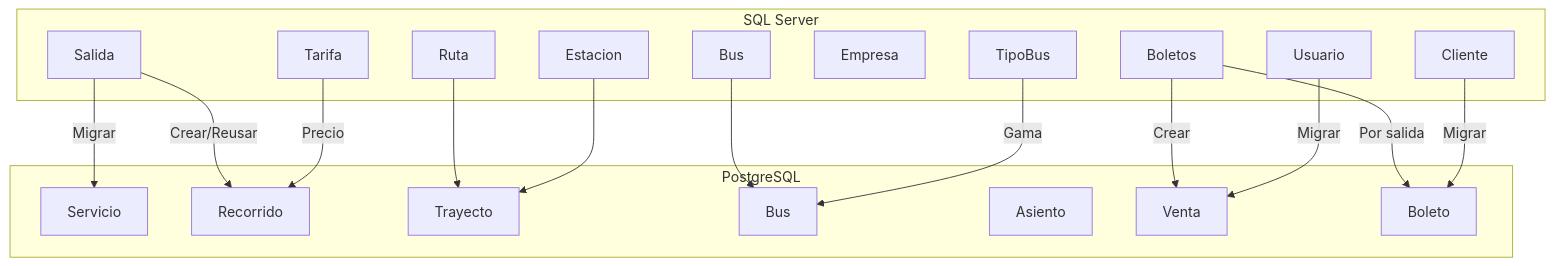
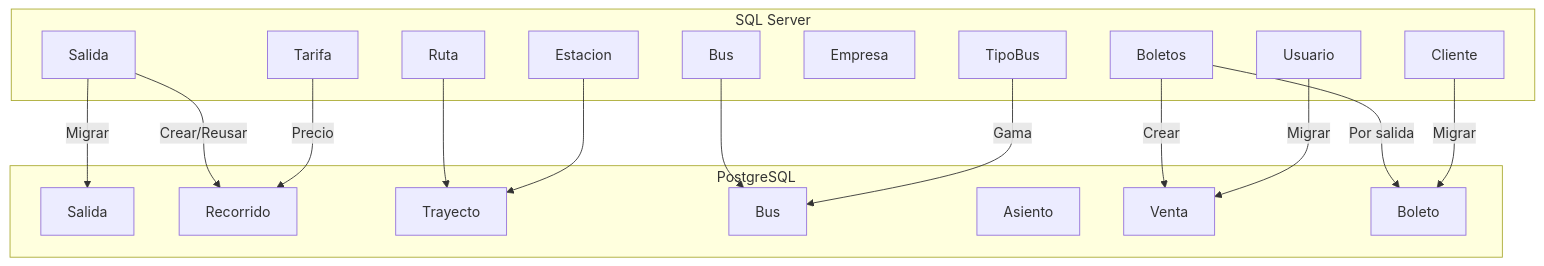
The diagram in docs/backend/migration/tickets.md (alcidesrh/f_d_n), drawn with Mermaid before and after one commit. The commit also changed other lines of this file and 112 other files, not shown here.

````diff
--- a/docs/backend/migration/tickets.md
+++ b/docs/backend/migration/tickets.md
@@ -9,37 +9,37 @@
 ```mermaid
 flowchart TD
     subgraph Legacy[SQL Server]
         S[Salida]
         B[Boletos]
         R[Ruta]
         BS[Bus]
         T[TipoBus]
         E[Empresa]
         ES[Estacion]
         C[Cliente]
         U[Usuario]
         TF[Tarifa]
     end
 
     subgraph New[PostgreSQL]
-        SE[Servicio]
+        SE[Salida]
         RE[Recorrido]
         TR[Trayecto]
         BU[Bus]
         AS[Asiento]
         V[Venta]
         BO[Boleto]
     end
 
     S -->|Migrar| SE
     S -->|Crear/Reusar| RE
     R --> TR
     BS --> BU
     T -->|Gama| BU
     B -->|Por salida| BO
     B -->|Crear| V
     C -->|Migrar| BO
     U -->|Migrar| V
     TF -->|Precio| RE
     ES --> TR
 ```
````
